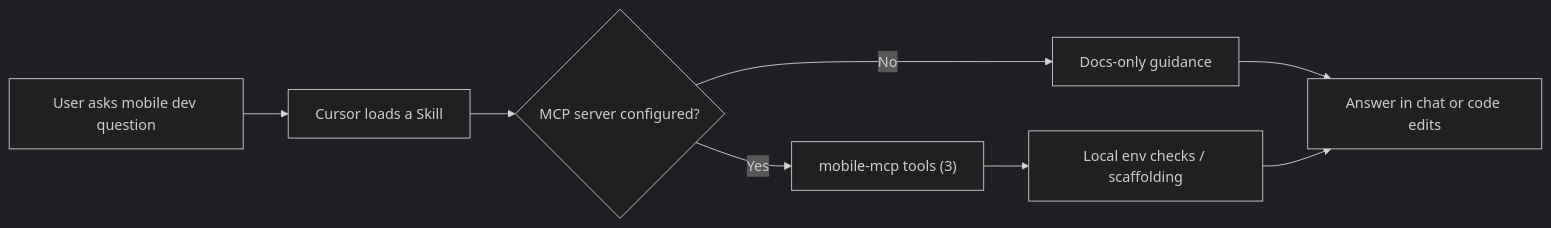
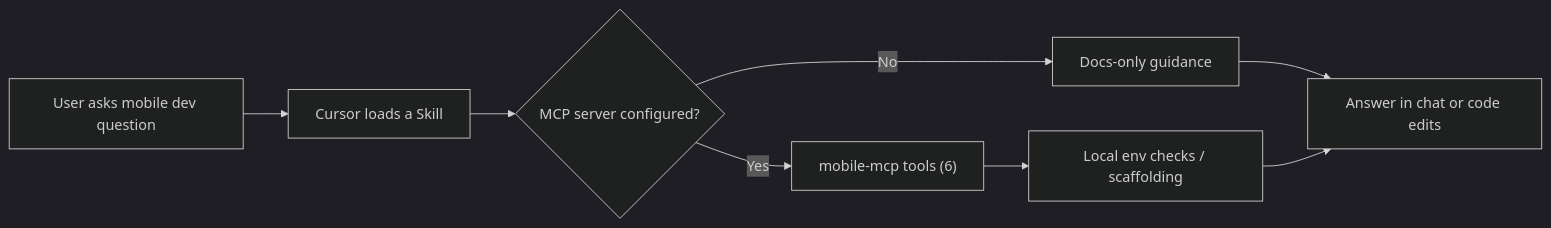
The diagram in README.md (TMHSDigital/Mobile-App-Developer-Tools), drawn with Mermaid (dark theme) before and after one commit. The commit also changed other lines of this file and 16 other files, not shown here.

First line of the commit message:
v0.2.0: Navigate and State - 6 skills, 2 rules, 6 MCP tools

````diff
--- a/README.md
+++ b/README.md
@@ -73,10 +73,10 @@
 ```mermaid
 flowchart LR
     A[User asks mobile dev question] --> B[Cursor loads a Skill]
     B --> C{MCP server configured?}
-    C -->|Yes| D["mobile-mcp tools (3)"]
+    C -->|Yes| D["mobile-mcp tools (6)"]
     C -->|No| E[Docs-only guidance]
     D --> F[Local env checks / scaffolding]
     E --> G[Answer in chat or code edits]
     F --> G
 ```
````
